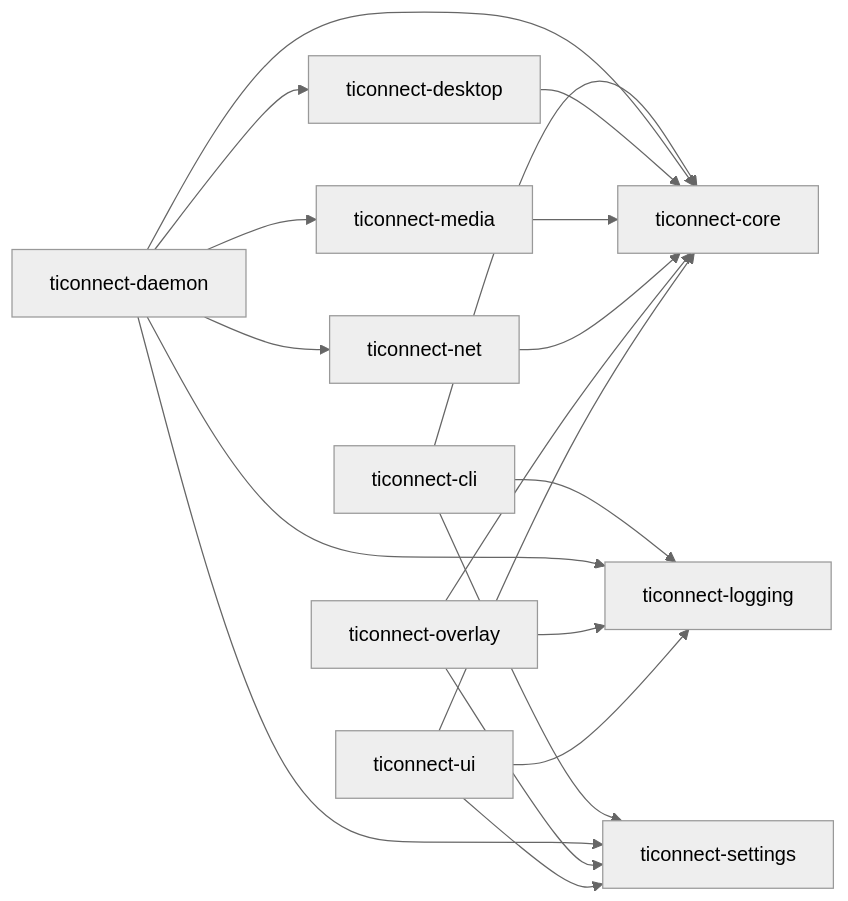
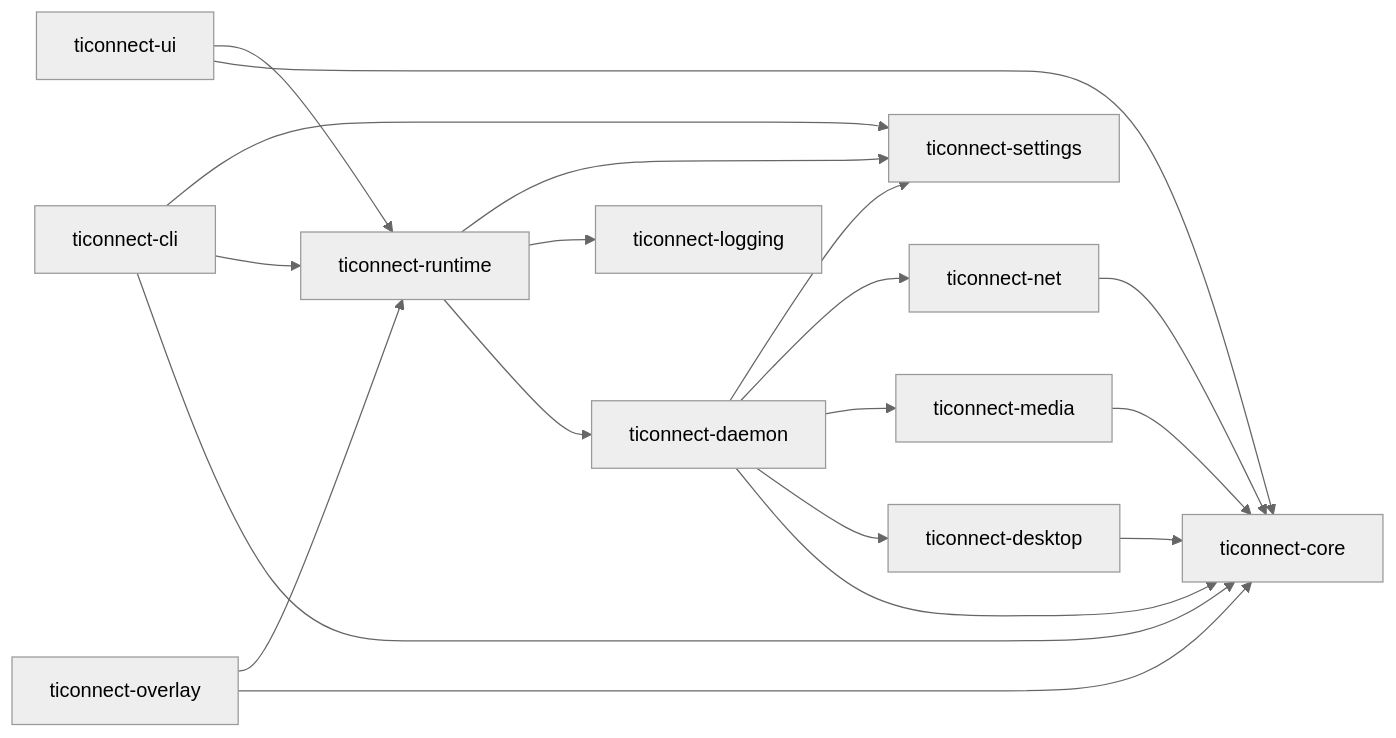
Before and after one commit to TICO-CO/TiConnect: the diagram in docs/systems/generated/build-deps.md, drawn with Mermaid (neutral theme). The commit also changed other lines of this file and 84 other files, not shown here.

Commit message:
feat: runtime and daemon

````diff
--- a/docs/systems/generated/build-deps.md
+++ b/docs/systems/generated/build-deps.md
@@ -7,21 +7,21 @@
 ```mermaid
 flowchart LR
   p_ticonnect_cli["ticonnect-cli"] --> p_ticonnect_core["ticonnect-core"]
-  p_ticonnect_cli["ticonnect-cli"] --> p_ticonnect_logging["ticonnect-logging"]
+  p_ticonnect_cli["ticonnect-cli"] --> p_ticonnect_runtime["ticonnect-runtime"]
   p_ticonnect_cli["ticonnect-cli"] --> p_ticonnect_settings["ticonnect-settings"]
   p_ticonnect_daemon["ticonnect-daemon"] --> p_ticonnect_core["ticonnect-core"]
   p_ticonnect_daemon["ticonnect-daemon"] --> p_ticonnect_desktop["ticonnect-desktop"]
-  p_ticonnect_daemon["ticonnect-daemon"] --> p_ticonnect_logging["ticonnect-logging"]
   p_ticonnect_daemon["ticonnect-daemon"] --> p_ticonnect_media["ticonnect-media"]
   p_ticonnect_daemon["ticonnect-daemon"] --> p_ticonnect_net["ticonnect-net"]
   p_ticonnect_daemon["ticonnect-daemon"] --> p_ticonnect_settings["ticonnect-settings"]
   p_ticonnect_desktop["ticonnect-desktop"] --> p_ticonnect_core["ticonnect-core"]
   p_ticonnect_media["ticonnect-media"] --> p_ticonnect_core["ticonnect-core"]
   p_ticonnect_net["ticonnect-net"] --> p_ticonnect_core["ticonnect-core"]
   p_ticonnect_overlay["ticonnect-overlay"] --> p_ticonnect_core["ticonnect-core"]
-  p_ticonnect_overlay["ticonnect-overlay"] --> p_ticonnect_logging["ticonnect-logging"]
-  p_ticonnect_overlay["ticonnect-overlay"] --> p_ticonnect_settings["ticonnect-settings"]
+  p_ticonnect_overlay["ticonnect-overlay"] --> p_ticonnect_runtime["ticonnect-runtime"]
+  p_ticonnect_runtime["ticonnect-runtime"] --> p_ticonnect_daemon["ticonnect-daemon"]
+  p_ticonnect_runtime["ticonnect-runtime"] --> p_ticonnect_logging["ticonnect-logging"]
+  p_ticonnect_runtime["ticonnect-runtime"] --> p_ticonnect_settings["ticonnect-settings"]
   p_ticonnect_ui["ticonnect-ui"] --> p_ticonnect_core["ticonnect-core"]
-  p_ticonnect_ui["ticonnect-ui"] --> p_ticonnect_logging["ticonnect-logging"]
-  p_ticonnect_ui["ticonnect-ui"] --> p_ticonnect_settings["ticonnect-settings"]
+  p_ticonnect_ui["ticonnect-ui"] --> p_ticonnect_runtime["ticonnect-runtime"]
 ```
````
